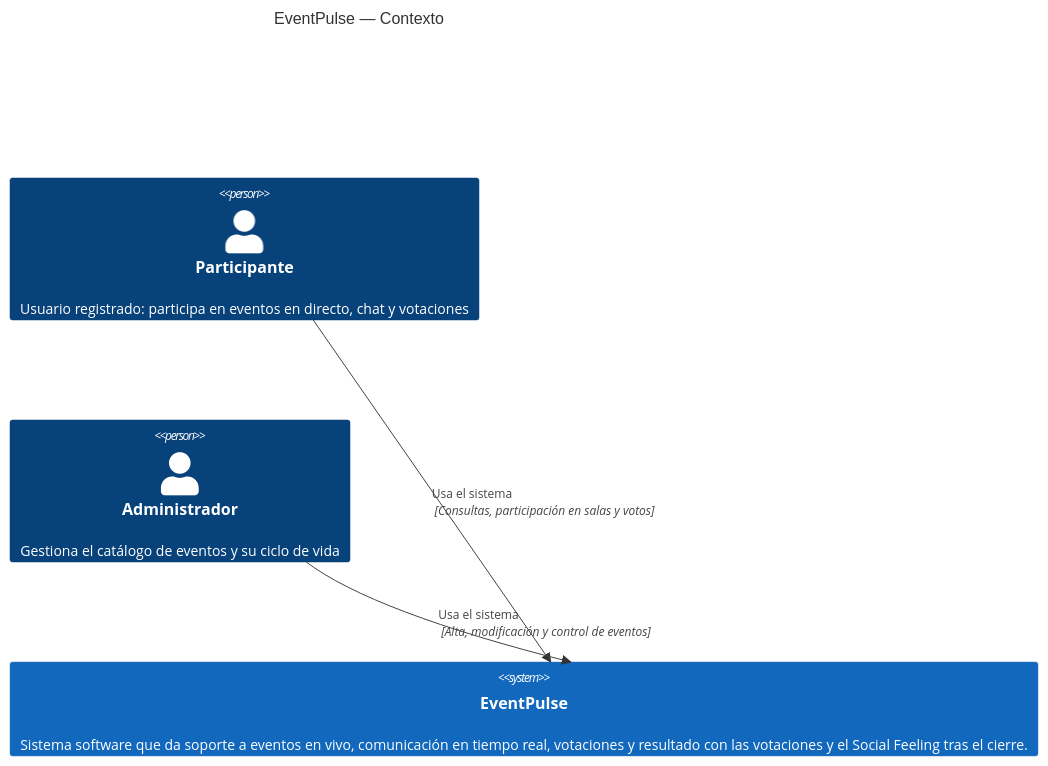
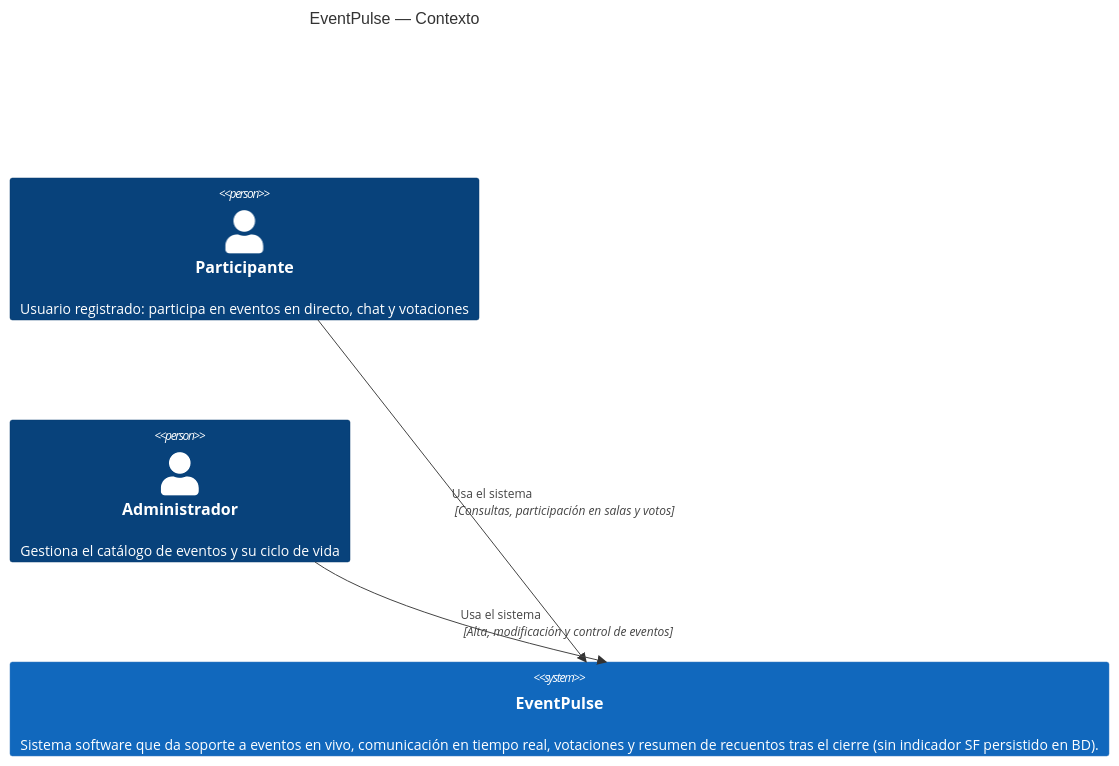
The first of 2 diagrams in doc/propuesta.md (pablojhdcoder/EventPulse), drawn with Mermaid before and after one commit. The commit also changed other lines of this file and 9 other files, not shown here.

Commit message:
📝 docs: diagramas C4 y documentación alineada

````diff
--- a/doc/propuesta.md
+++ b/doc/propuesta.md
@@ -85,12 +85,12 @@
 ```mermaid
 C4Context
   title EventPulse — Contexto
 
   Person(participant, "Participante", "Usuario registrado: participa en eventos en directo, chat y votaciones")
   Person(admin, "Administrador", "Gestiona el catálogo de eventos y su ciclo de vida")
 
-  System(ep, "EventPulse", "Sistema software que da soporte a eventos en vivo, comunicación en tiempo real, votaciones y resultado con las votaciones y el Social Feeling tras el cierre.")
+  System(ep, "EventPulse", "Sistema software que da soporte a eventos en vivo, comunicación en tiempo real, votaciones y resumen de recuentos tras el cierre (sin indicador SF persistido en BD).")
 
   Rel(participant, ep, "Usa el sistema", "Consultas, participación en salas y votos")
   Rel(admin, ep, "Usa el sistema", "Alta, modificación y control de eventos")
 ```
````
